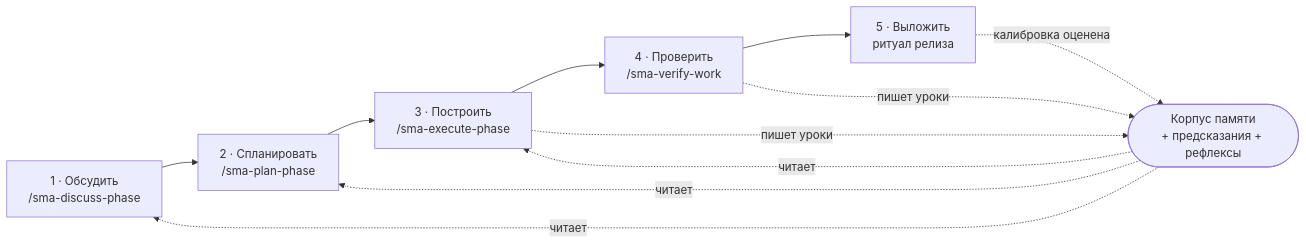
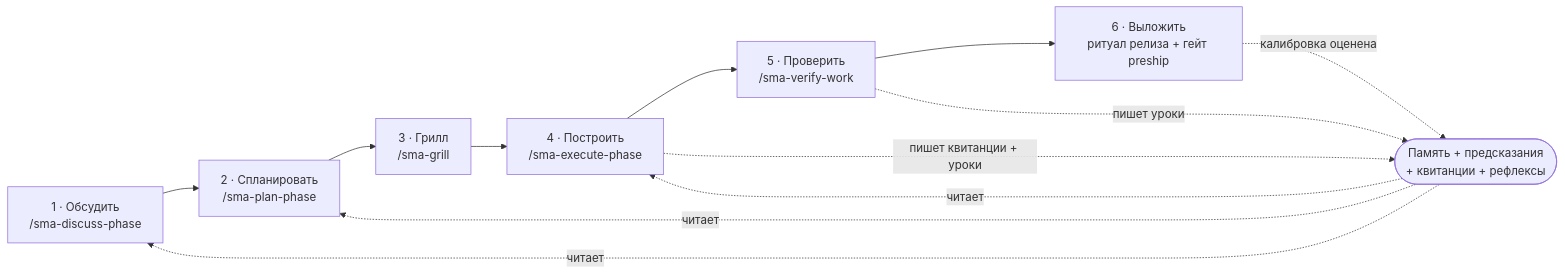
Diagram 13 of 16 in README.ru.md (sma-framework/sma), drawn with Mermaid before and after one commit. The commit also changed other lines of this file and 98 other files, not shown here.

````diff
--- a/README.ru.md
+++ b/README.ru.md
@@ -216,13 +438,14 @@
 ```mermaid
 flowchart LR
     D["1 · Обсудить<br>/sma-discuss-phase"] --> P["2 · Спланировать<br>/sma-plan-phase"]
-    P --> B["3 · Построить<br>/sma-execute-phase"]
-    B --> V["4 · Проверить<br>/sma-verify-work"]
-    V --> S["5 · Выложить<br>ритуал релиза"]
-    M(["Корпус памяти<br>+ предсказания + рефлексы"]) -.->|читает| D
+    P --> G["3 · Грилл<br>/sma-grill"]
+    G --> B["4 · Построить<br>/sma-execute-phase"]
+    B --> V["5 · Проверить<br>/sma-verify-work"]
+    V --> S["6 · Выложить<br>ритуал релиза + гейт preship"]
+    M(["Память + предсказания<br>+ квитанции + рефлексы"]) -.->|читает| D
     M -.->|читает| P
     M -.->|читает| B
-    B -.->|пишет уроки| M
+    B -.->|пишет квитанции + уроки| M
     V -.->|пишет уроки| M
     S -.->|калибровка оценена| M
 ```
````
